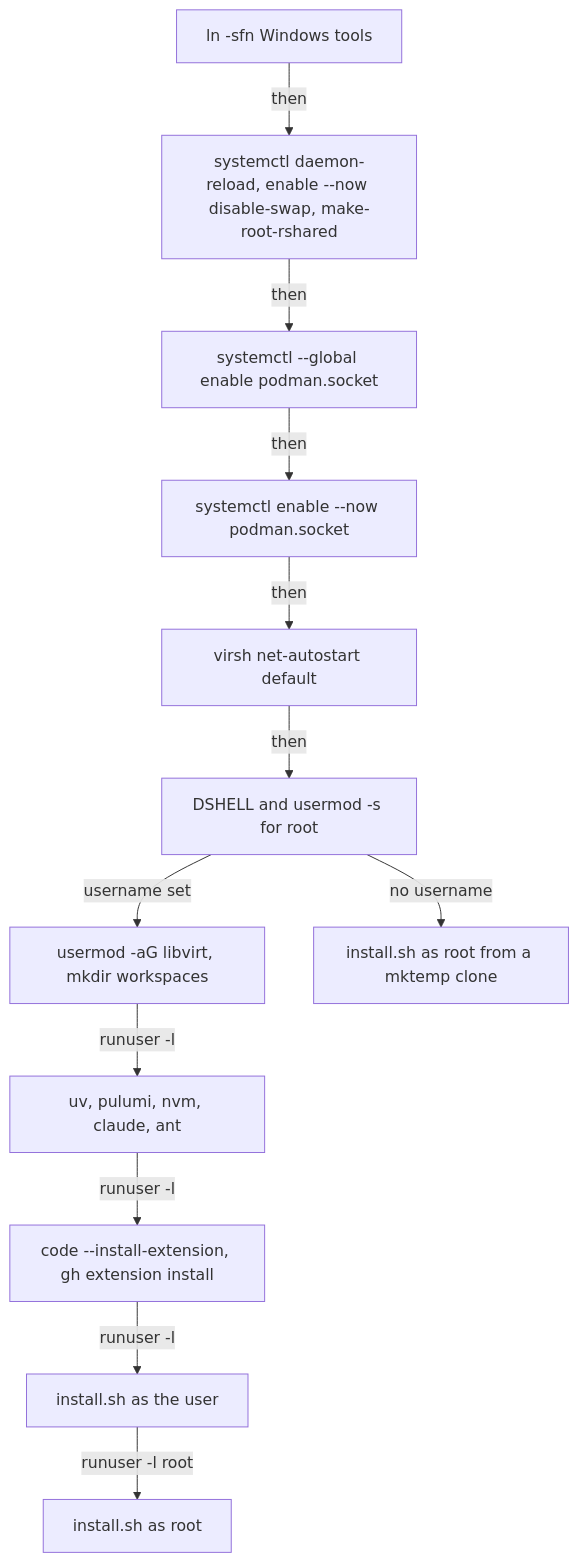
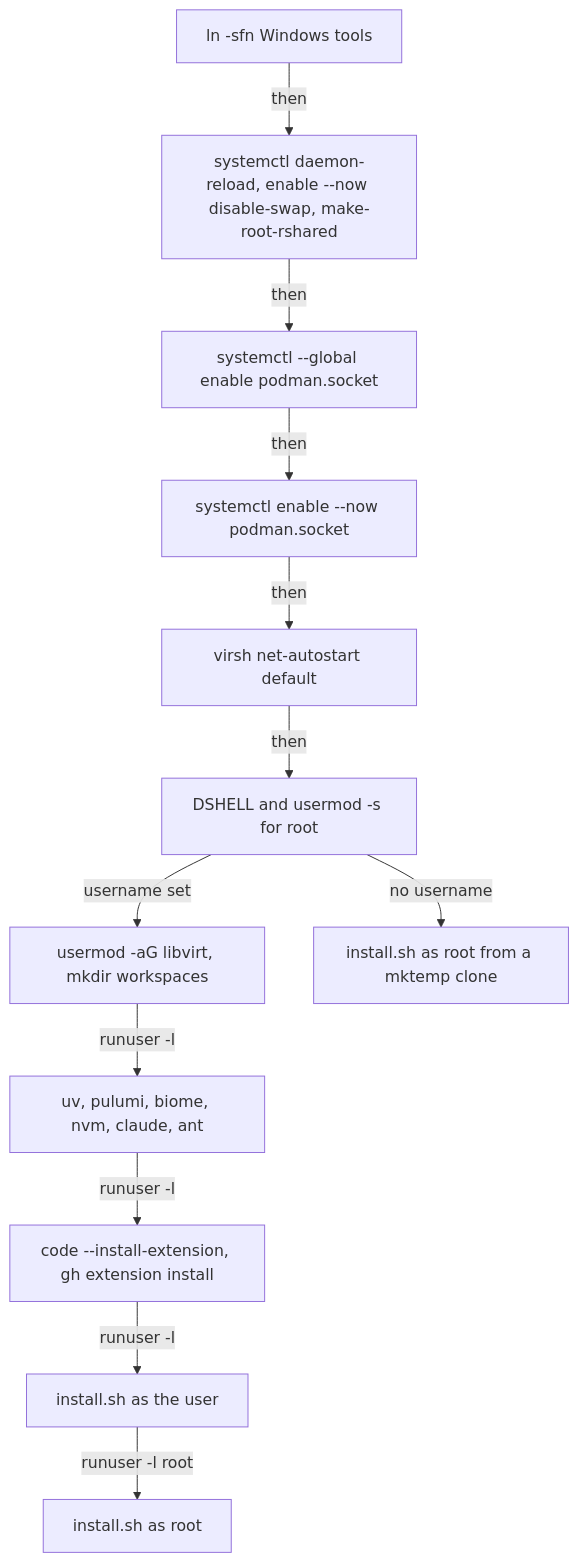
The third of 3 diagrams in docs/wsl/overview.md (froazin/dotfiles), drawn with Mermaid before and after one commit. The commit also changed other lines of this file and 2 other files, not shown here.

Commit message:
feat(wsl): Install Biome for the user (#10)
Install Biome with its official installer, run as the user like uv and
pulumi so it can update itself with biome upgrade. The installer needs
bash, and --no-modify-path keeps it out of the shell profiles: it
installs into ~/.local/bin, which is already on PATH.

````diff
--- a/docs/wsl/overview.md
+++ b/docs/wsl/overview.md
@@ -100,16 +100,16 @@
 ```mermaid
 flowchart TD
     accTitle: runcmd order
     accDescr: runcmd links the Windows tools, enables system units and the global podman socket, sets zsh for new users and root, then either sets up the named user and runs install.sh for the user and root, or runs install.sh for root from a temporary clone.
     links["ln -sfn Windows tools"] -->|then| units["systemctl daemon-reload, enable --now disable-swap, make-root-rshared"]
     units -->|then| global["systemctl --global enable podman.socket"]
     global -->|then| sys["systemctl enable --now podman.socket"]
     sys -->|then| virsh["virsh net-autostart default"]
     virsh -->|then| shells["DSHELL and usermod -s for root"]
     shells -->|username set| prep["usermod -aG libvirt, mkdir workspaces"]
-    prep -->|runuser -l| tools["uv, pulumi, nvm, claude, ant"]
+    prep -->|runuser -l| tools["uv, pulumi, biome, nvm, claude, ant"]
     tools -->|runuser -l| ext["code --install-extension, gh extension install"]
     ext -->|runuser -l| userinstall["install.sh as the user"]
     userinstall -->|runuser -l root| rootinstall["install.sh as root"]
     shells -->|no username| tmp["install.sh as root from a mktemp clone"]
 ```
````
